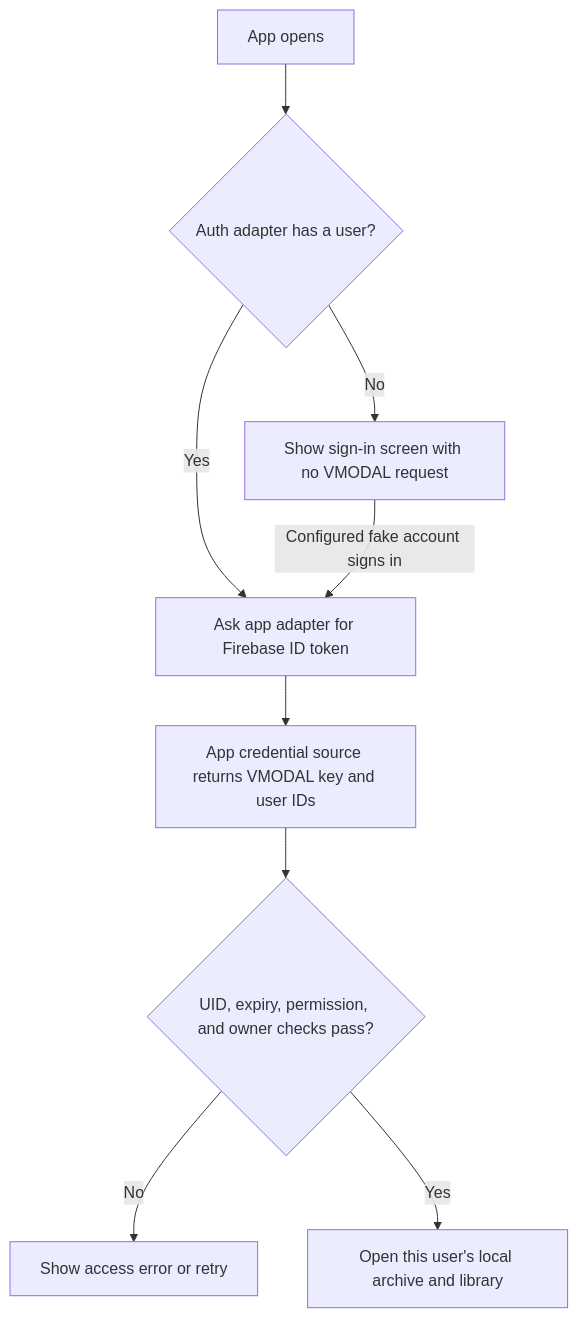
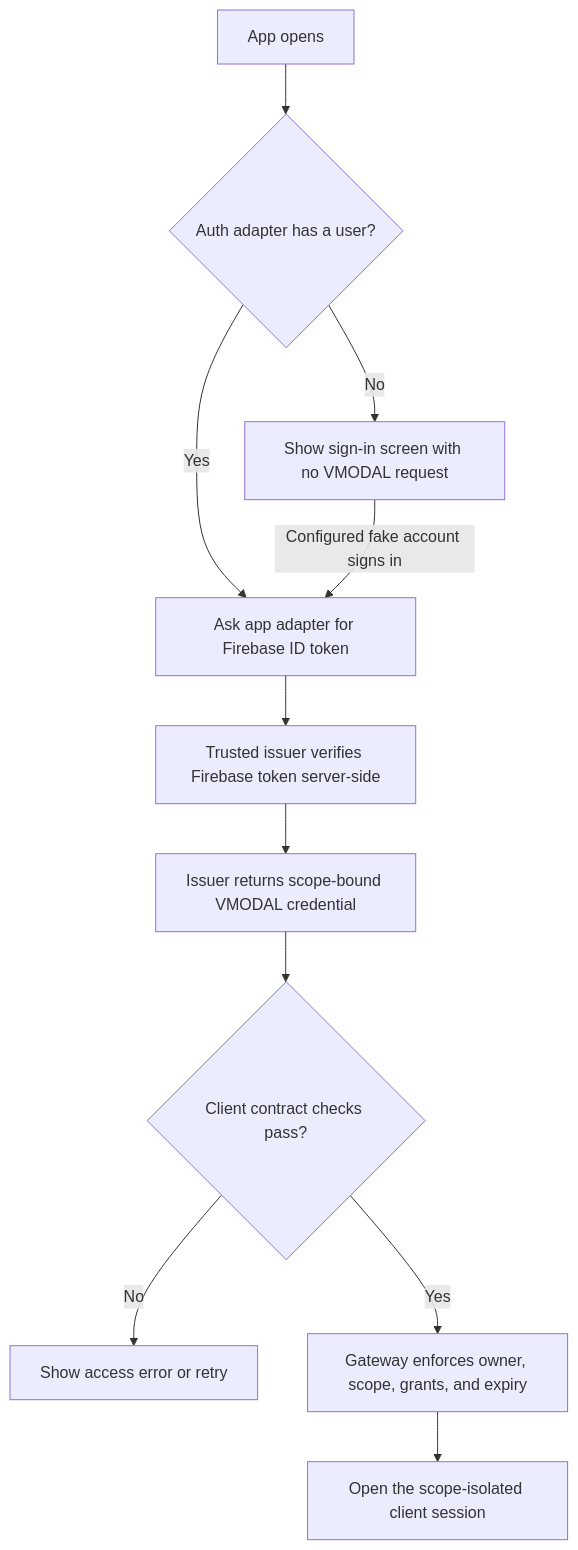
Before and after one commit to v-modal/vmodal_sdk_flutter: the first of 3 diagrams in example/05_framebase_userlogin/README.md, drawn with Mermaid. The commit also changed other lines of this file and 39 other files, not shown here.

````diff
--- a/example/05_framebase_userlogin/README.md
+++ b/example/05_framebase_userlogin/README.md
@@ -37,11 +38,13 @@
 ```mermaid
 flowchart TD
     A[App opens] --> B{Auth adapter has a user?}
     B -- No --> C[Show sign-in screen with no VMODAL request]
     B -- Yes --> D[Ask app adapter for Firebase ID token]
     C -->|Configured fake account signs in| D
-    D --> E[App credential source returns VMODAL key and user IDs]
-    E --> F{UID, expiry, permission, and owner checks pass?}
-    F -- No --> G[Show access error or retry]
-    F -- Yes --> H[Open this user's local archive and library]
+    D --> E[Trusted issuer verifies Firebase token server-side]
+    E --> F[Issuer returns scope-bound VMODAL credential]
+    F --> G{Client contract checks pass?}
+    G -- No --> H[Show access error or retry]
+    G -- Yes --> I[Gateway enforces owner, scope, grants, and expiry]
+    I --> J[Open the scope-isolated client session]
 ```
````
